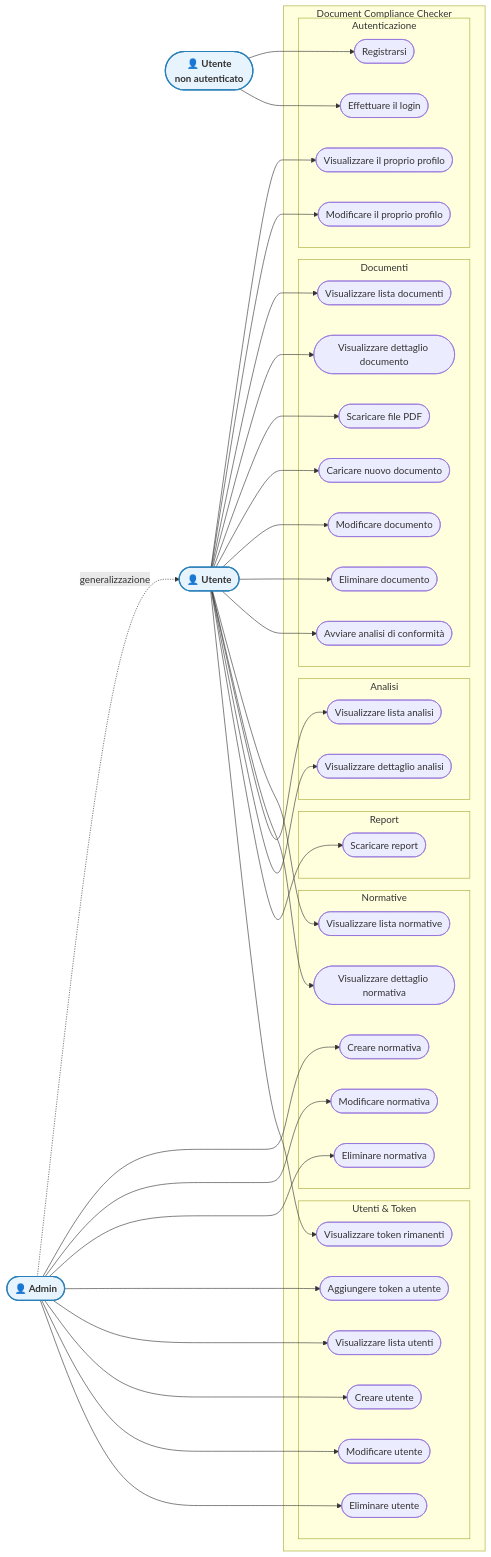
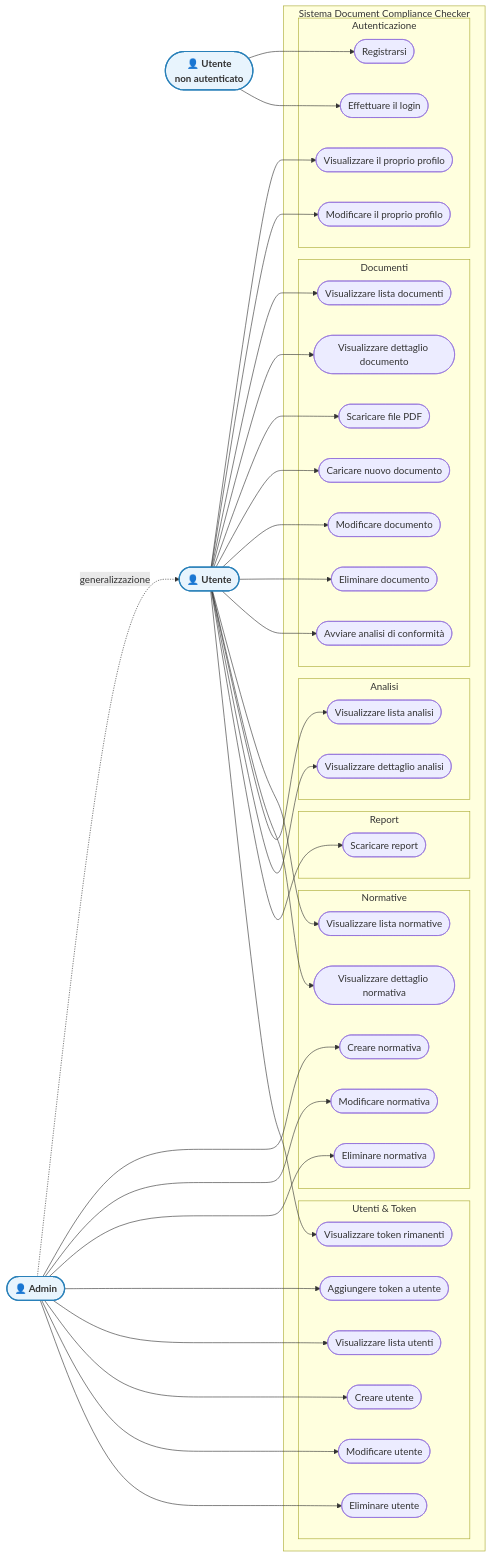
The first of 10 diagrams in README.md (zDarius21/Programmazione_Avanzata), drawn with Mermaid before and after one commit.

Commit message:
Corretto il nome del subgraph nel diagramma dei casi d'uso nel README

````diff
--- a/README.md
+++ b/README.md
@@ -38,67 +38,67 @@
 ```mermaid
 flowchart LR
     NC(["👤 Utente\nnon autenticato"]):::attore
     U(["👤 Utente"]):::attore
     A(["👤 Admin"]):::attore
 
     A -. generalizzazione .-> U
 
-    subgraph Sistema["Document Compliance Checker"]
+    subgraph Sistema["Sistema "Document Compliance Checker""]
         subgraph Auth["Autenticazione"]
             UC1(["Registrarsi"])
             UC2(["Effettuare il login"])
             UC3(["Visualizzare il proprio profilo"])
             UC4(["Modificare il proprio profilo"])
         end
 
         subgraph Docs["Documenti"]
             UC5(["Visualizzare lista documenti"])
             UC6(["Visualizzare dettaglio documento"])
             UC7(["Scaricare file PDF"])
             UC8(["Caricare nuovo documento"])
             UC9(["Modificare documento"])
             UC10(["Eliminare documento"])
             UC11(["Avviare analisi di conformità"])
         end
 
         subgraph Regs["Normative"]
             UC12(["Visualizzare lista normative"])
             UC13(["Visualizzare dettaglio normativa"])
             UC14(["Creare normativa"])
             UC15(["Modificare normativa"])
             UC16(["Eliminare normativa"])
         end
 
         subgraph Analyses["Analisi"]
             UC17(["Visualizzare lista analisi"])
             UC18(["Visualizzare dettaglio analisi"])
         end
 
         subgraph Reports["Report"]
             UC19(["Scaricare report"])
         end
 
         subgraph Users["Utenti & Token"]
             UC20(["Visualizzare token rimanenti"])
             UC21(["Aggiungere token a utente"])
             UC22(["Visualizzare lista utenti"])
             UC23(["Creare utente"])
             UC24(["Modificare utente"])
             UC25(["Eliminare utente"])
         end
     end
 
     NC --> UC1 & UC2
 
     U --> UC3 & UC4
     U --> UC5 & UC6 & UC7 & UC8 & UC9 & UC10 & UC11
     U --> UC12 & UC13
     U --> UC17 & UC18
     U --> UC19
     U --> UC20
 
     A --> UC14 & UC15 & UC16
     A --> UC21 & UC22 & UC23 & UC24 & UC25
 
     classDef attore fill:#e8f4fd,stroke:#2980b9,stroke-width:2px,font-weight:bold
 ```
````
